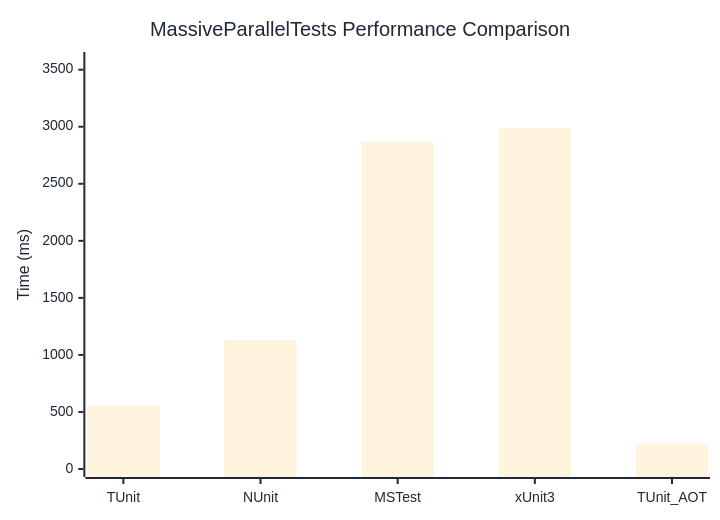
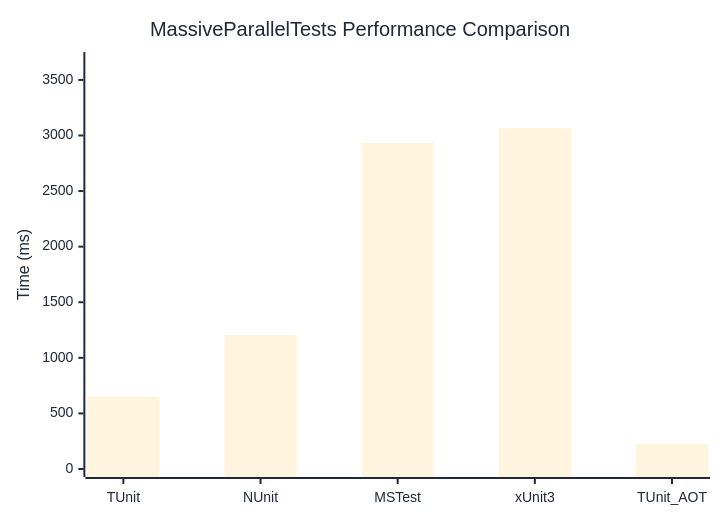
One commit to thomhurst/TUnit changed the diagram in docs/docs/benchmarks/MassiveParallelTests.md. Above: the diagram before and after it, drawn with Mermaid. The commit also changed other lines of this file and 17 other files, not shown here.

````diff
--- a/docs/docs/benchmarks/MassiveParallelTests.md
+++ b/docs/docs/benchmarks/MassiveParallelTests.md
@@ -27,37 +27,37 @@
 ```mermaid
 %%{init: {
   'theme':'base',
   'themeVariables': {
     'primaryColor': '#2563eb',
     'primaryTextColor': '#1f2937',
     'primaryBorderColor': '#1e40af',
     'lineColor': '#6b7280',
     'secondaryColor': '#7c3aed',
     'tertiaryColor': '#dc2626',
     'background': '#ffffff',
     'mainBkg': '#2563eb',
     'secondBkg': '#7c3aed',
     'tertiaryBkg': '#dc2626',
     'clusterBkg': '#f3f4f6',
     'edgeLabelBackground': '#ffffff',
     'tertiaryTextColor': '#1f2937',
     'pie1': '#2563eb',
     'pie2': '#7c3aed',
     'pie3': '#dc2626',
     'pie4': '#f59e0b',
     'pie5': '#10b981',
     'pie6': '#06b6d4',
     'pie7': '#ec4899',
     'pie8': '#6366f1',
     'pie9': '#84cc16',
     'pie10': '#f97316',
     'pie11': '#14b8a6',
     'pie12': '#a855f7'
   }
 }}%%
 xychart-beta
   title "MassiveParallelTests Performance Comparison"
   x-axis ["TUnit", "NUnit", "MSTest", "xUnit3", "TUnit_AOT"]
-  y-axis "Time (ms)" 0 --> 3585
-  bar [559.4, 1132.4, 2870.1, 2987.5, 222.5]
+  y-axis "Time (ms)" 0 --> 3679
+  bar [651.8, 1203.4, 2931.9, 3065.7, 227.7]
 ```
````
